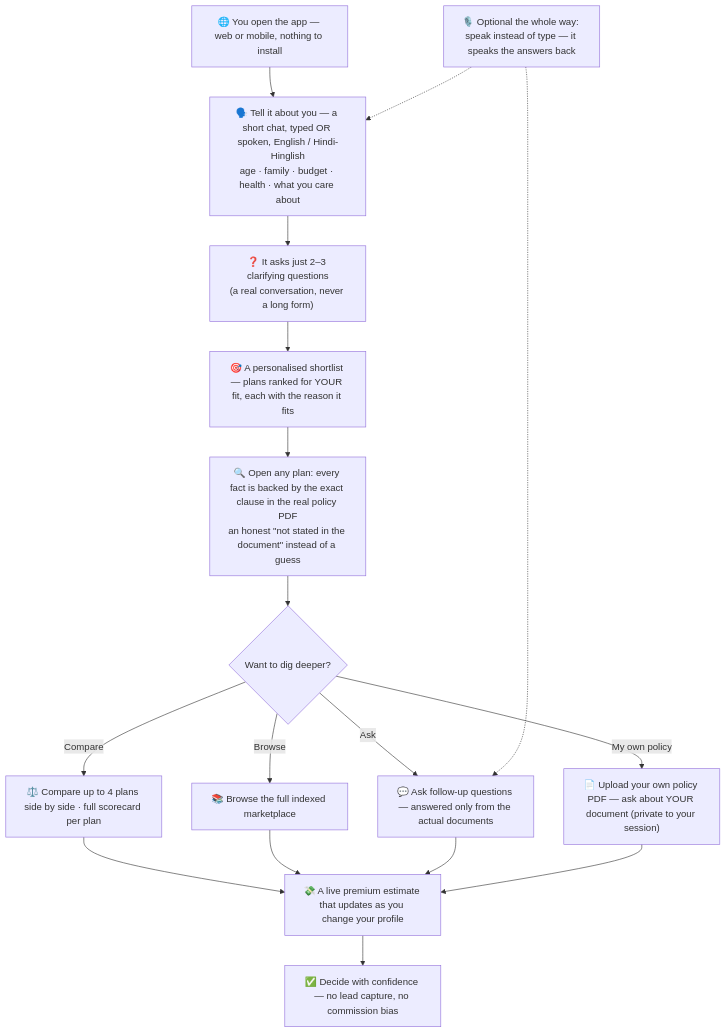
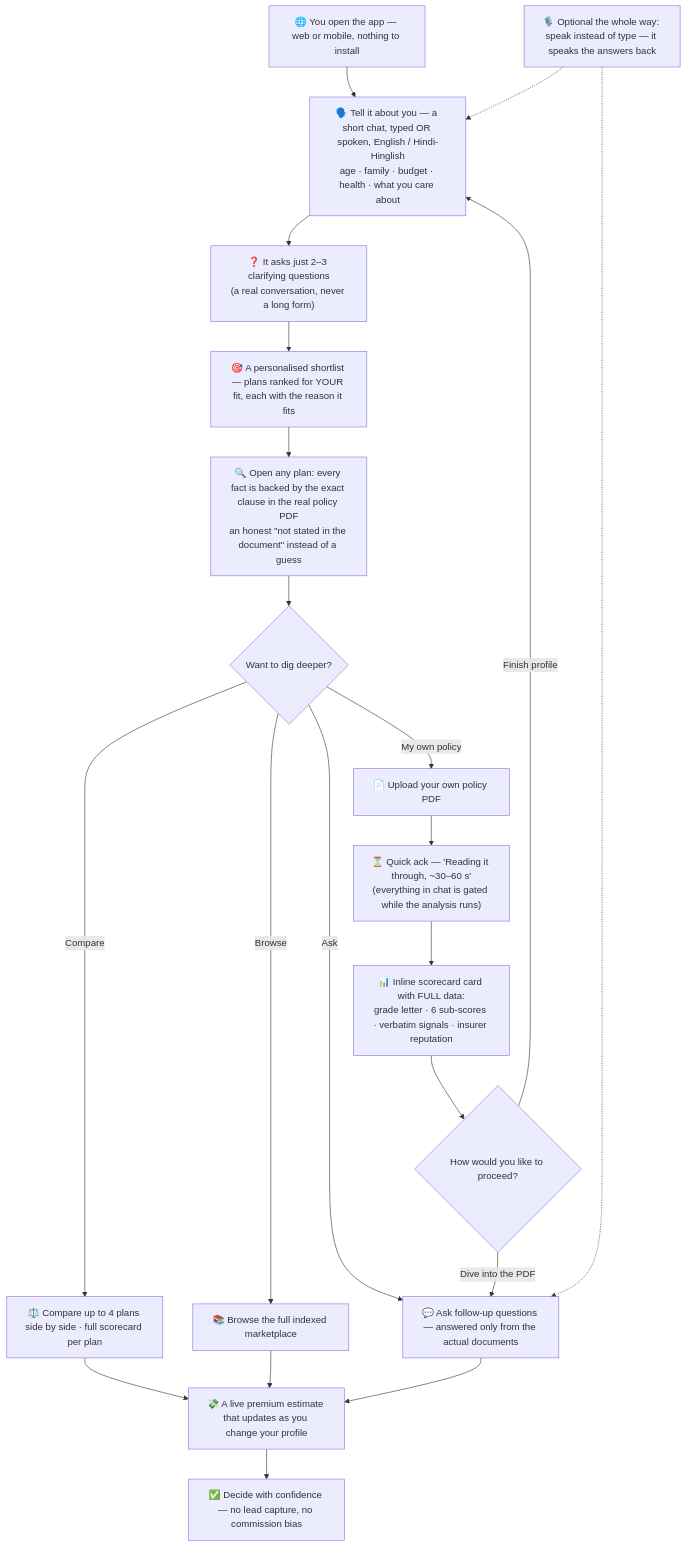
Before and after one commit to rohitsar567/insurance-sales-bot: the first of 16 diagrams in README.md, drawn with Mermaid. The commit also changed other lines of this file and 2 other files, not shown here.

````diff
--- a/README.md
+++ b/README.md
@@ -126,19 +126,23 @@
 ```mermaid
 flowchart TD
     S["🌐 You open the app — web or mobile, nothing to install"] --> TELL["🗣️ Tell it about you — a short chat, typed OR spoken, English / Hindi-Hinglish<br/>age · family · budget · health · what you care about"]
     TELL --> ASK["❓ It asks just 2–3 clarifying questions<br/>(a real conversation, never a long form)"]
     ASK --> REC["🎯 A personalised shortlist — plans ranked for YOUR fit, each with the reason it fits"]
     REC --> WHY["🔍 Open any plan: every fact is backed by the exact clause in the real policy PDF<br/>an honest &quot;not stated in the document&quot; instead of a guess"]
     WHY --> EXPLORE{"Want to dig deeper?"}
     EXPLORE -->|"Compare"| CMP["⚖️ Compare up to 4 plans side by side · full scorecard per plan"]
     EXPLORE -->|"Browse"| MKT["📚 Browse the full indexed marketplace"]
     EXPLORE -->|"Ask"| QA["💬 Ask follow-up questions — answered only from the actual documents"]
-    EXPLORE -->|"My own policy"| UP["📄 Upload your own policy PDF — ask about YOUR document (private to your session)"]
+    EXPLORE -->|"My own policy"| UP["📄 Upload your own policy PDF"]
+    UP --> UPIDX["⏳ Quick ack — 'Reading it through, ~30–60 s'<br/>(everything in chat is gated while the analysis runs)"]
+    UPIDX --> UPCARD["📊 Inline scorecard card with FULL data:<br/>grade letter · 6 sub-scores · verbatim signals · insurer reputation"]
+    UPCARD --> UPCHOICE{"How would you like to proceed?"}
+    UPCHOICE -->|"Finish profile"| TELL
+    UPCHOICE -->|"Dive into the PDF"| QA
     CMP --> PREM
     MKT --> PREM
     QA --> PREM
-    UP --> PREM
     PREM["💸 A live premium estimate that updates as you change your profile"] --> DONE["✅ Decide with confidence — no lead capture, no commission bias"]
     VOICE["🎙️ Optional the whole way: speak instead of type — it speaks the answers back"] -.-> TELL
     VOICE -.-> QA
 ```
````
